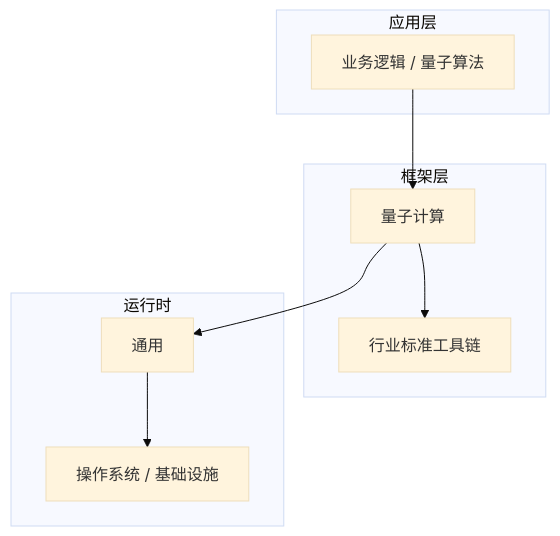
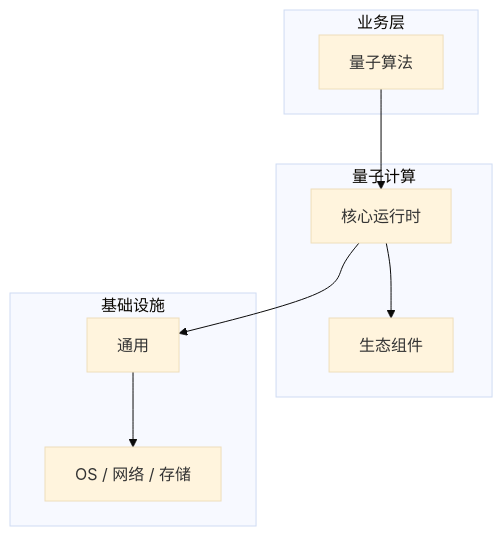
The diagram in articles/量子计算/chapters/021-量子算法核心概念与原理.md (yanggan2015/knowledge-json-v2), drawn with Mermaid (base theme) before and after one commit. The commit also changed other lines of this file and 10127 other files, not shown here.

````diff
--- a/articles/量子计算/chapters/021-量子算法核心概念与原理.md
+++ b/articles/量子计算/chapters/021-量子算法核心概念与原理.md
@@ -45,18 +30,18 @@
 ```mermaid
 graph TB
-    subgraph 应用层
-        A[业务逻辑 / 量子算法]
+    subgraph 业务层
+        A[量子算法]
     end
-    subgraph 框架层
-        B[量子计算]
-        C[行业标准工具链]
+    subgraph 量子计算
+        B[核心运行时]
+        C[生态组件]
     end
-    subgraph 运行时
+    subgraph 基础设施
         D[通用]
-        E[操作系统 / 基础设施]
+        E[OS / 网络 / 存储]
     end
     A --> B
     B --> C
     B --> D
     D --> E
 ```
````
